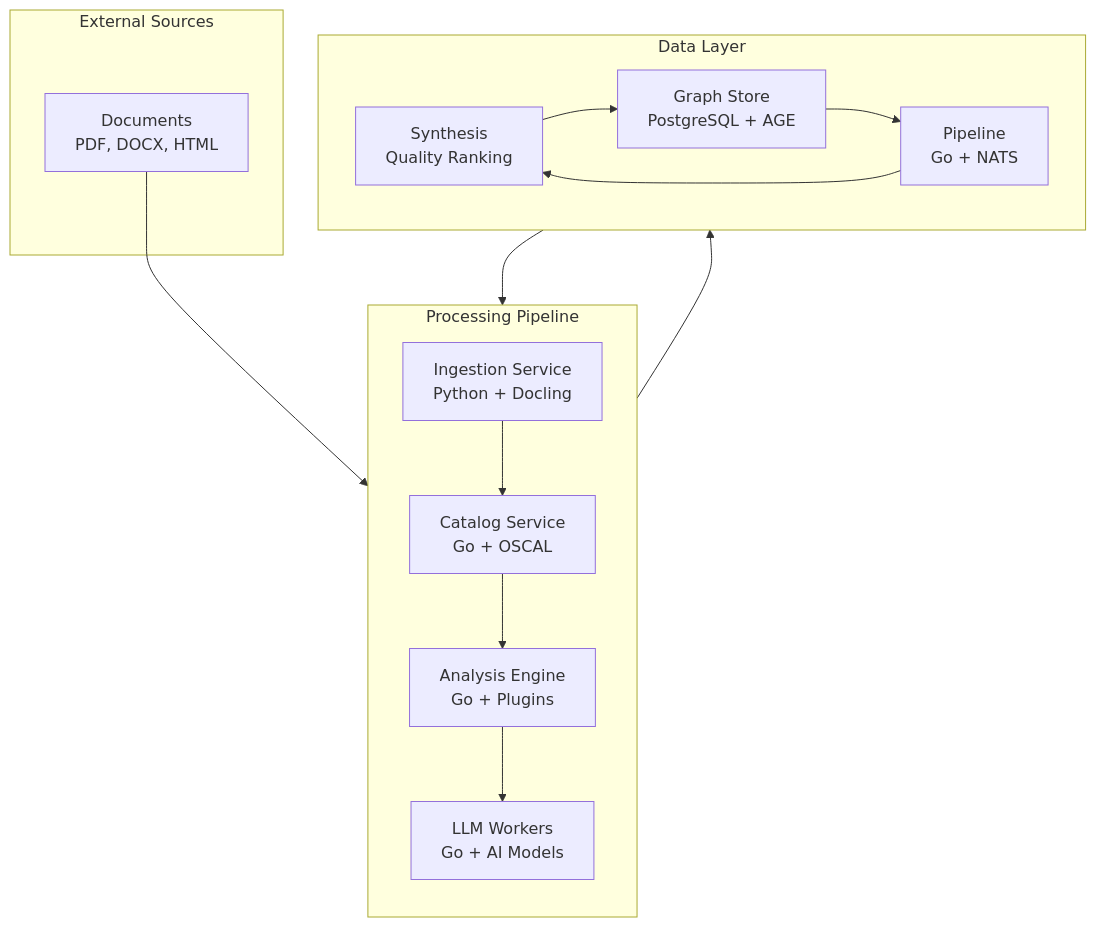
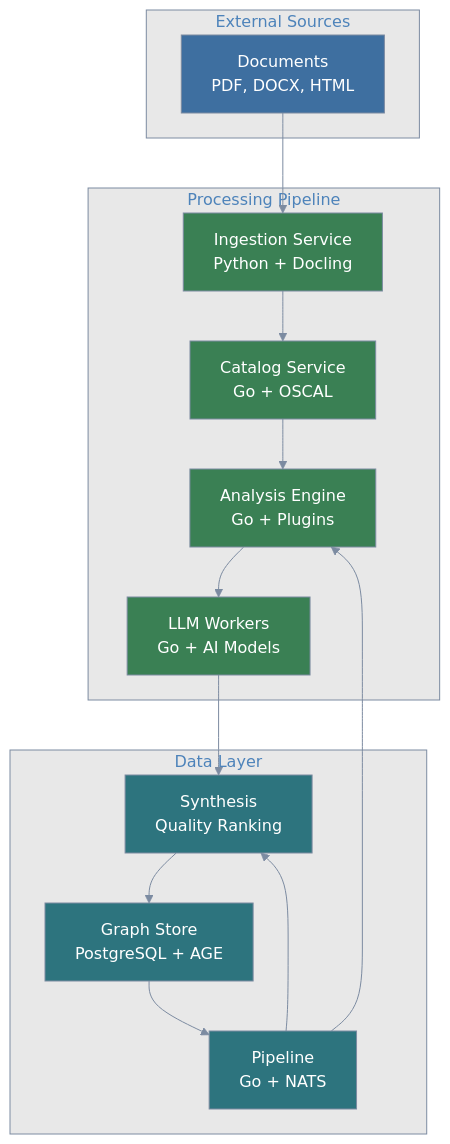
One commit to complytime-labs/crosscodex changed the first of 5 diagrams in README.md. Above: the diagram before and after it, drawn with Mermaid. The commit also changed other lines of this file and 16 other files, not shown here.

````diff
--- a/README.md
+++ b/README.md
@@ -46,32 +25,50 @@
 ```mermaid
-flowchart TB
+%%{init: {'theme': 'base', 'themeVariables': {
+  'primaryColor': '#3e6fa0',
+  'primaryTextColor': '#333333',
+  'primaryBorderColor': '#7c8ba1',
+  'lineColor': '#7c8ba1',
+  'edgeLabelBackground': '#f5f5f5',
+  'clusterBkg': '#e8e8e8',
+  'clusterBorder': '#7c8ba1',
+  'transitionColor': '#333333',
+  'transitionLabelColor': '#333333',
+  'stateLabelColor': '#333333',
+  'fontFamily': 'system-ui, sans-serif'
+}}}%%
+flowchart TD
     subgraph external ["External Sources"]
         docs["Documents<br/>PDF, DOCX, HTML"]
     end
 
     subgraph processing ["Processing Pipeline"]
-        direction TB
         ingestion["Ingestion Service<br/>Python + Docling"]
         catalog["Catalog Service<br/>Go + OSCAL"]
         analysis["Analysis Engine<br/>Go + Plugins"]
         llm["LLM Workers<br/>Go + AI Models"]
     end
 
     subgraph datalayer ["Data Layer"]
-        direction LR
         synthesis["Synthesis<br/>Quality Ranking"]
         graphdb["Graph Store<br/>PostgreSQL + AGE"]
         pipeline["Pipeline<br/>Go + NATS"]
     end
 
     docs --> ingestion
     ingestion --> catalog
     catalog --> analysis
     analysis --> llm
     llm --> synthesis
     synthesis --> graphdb
     pipeline --> analysis
     pipeline --> synthesis
     graphdb --> pipeline
 
+    classDef sysA fill:#3e6fa0,color:#ffffff,stroke:#7c8ba1
+    classDef sysB fill:#3a8054,color:#ffffff,stroke:#7c8ba1
+    classDef sysC fill:#2d747e,color:#ffffff,stroke:#7c8ba1
+    class docs sysA
+    class ingestion,catalog,analysis,llm sysB
+    class synthesis,graphdb,pipeline sysC
+
 ```
````
